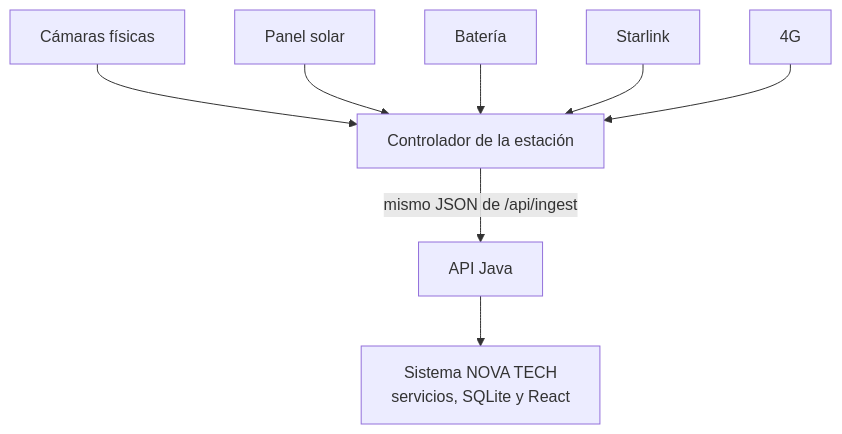
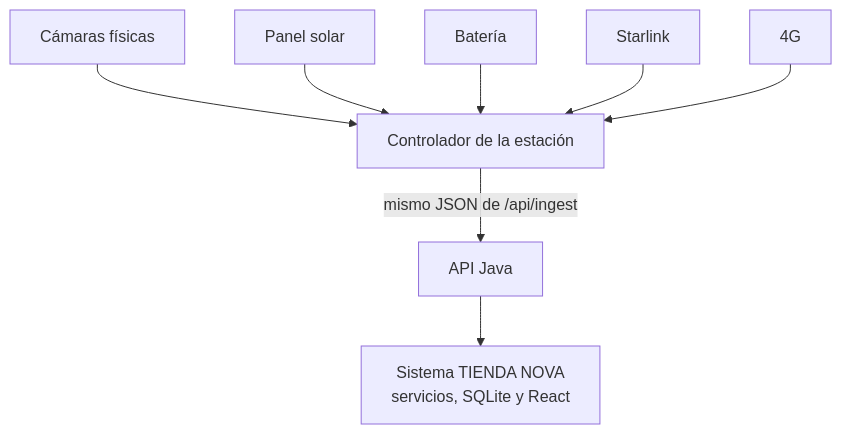
The fourth of 9 diagrams in docs/architecture.md (colmandanilo-cmyk/GRUPO3_EFSRTIV_FINAL), drawn with Mermaid before and after one commit. The commit also changed other lines of this file and 26 other files, not shown here.

First line of the commit message:
Rename NOVA TECH to TIENDA NOVA in scripts, frontend, backend and docs

````diff
--- a/docs/architecture.md
+++ b/docs/architecture.md
@@ -62,10 +62,10 @@
 ```mermaid
 flowchart TB
     C["Cámaras físicas"] --> GW["Controlador de la estación"]
     PS["Panel solar"] --> GW
     B["Batería"] --> GW
     SL["Starlink"] --> GW
     G4["4G"] --> GW
     GW -- "mismo JSON de /api/ingest" --> A["API Java"]
-    A --> N["Sistema NOVA TECH<br/>servicios, SQLite y React"]
+    A --> N["Sistema TIENDA NOVA<br/>servicios, SQLite y React"]
 ```
````
